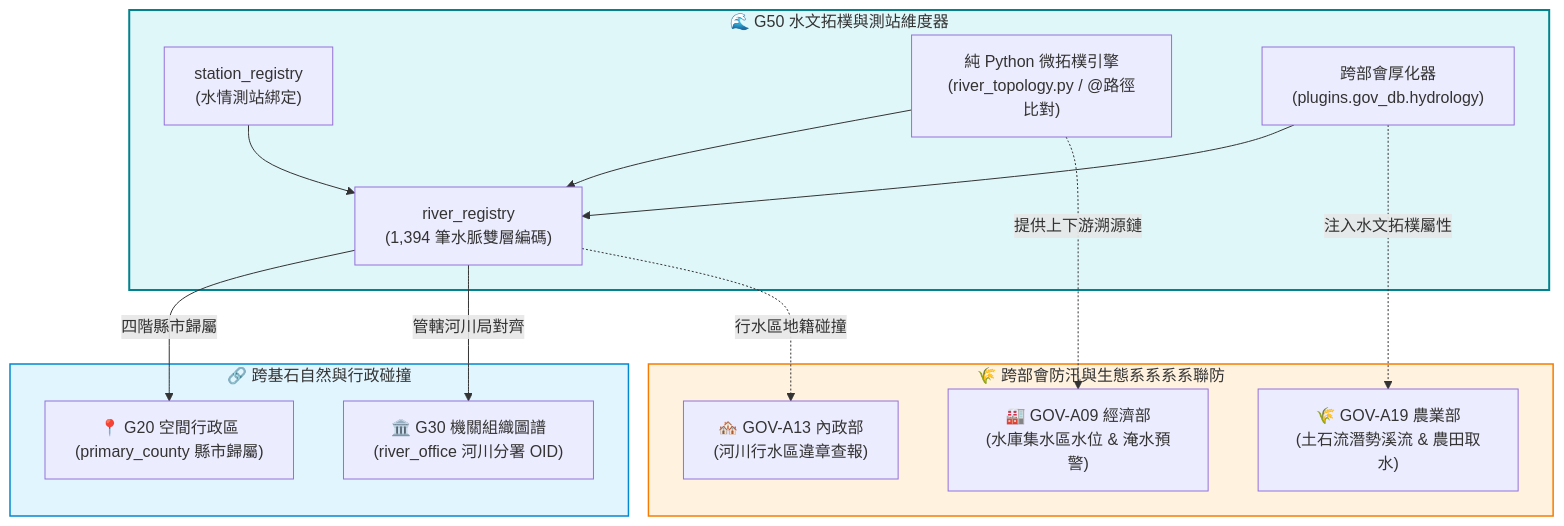
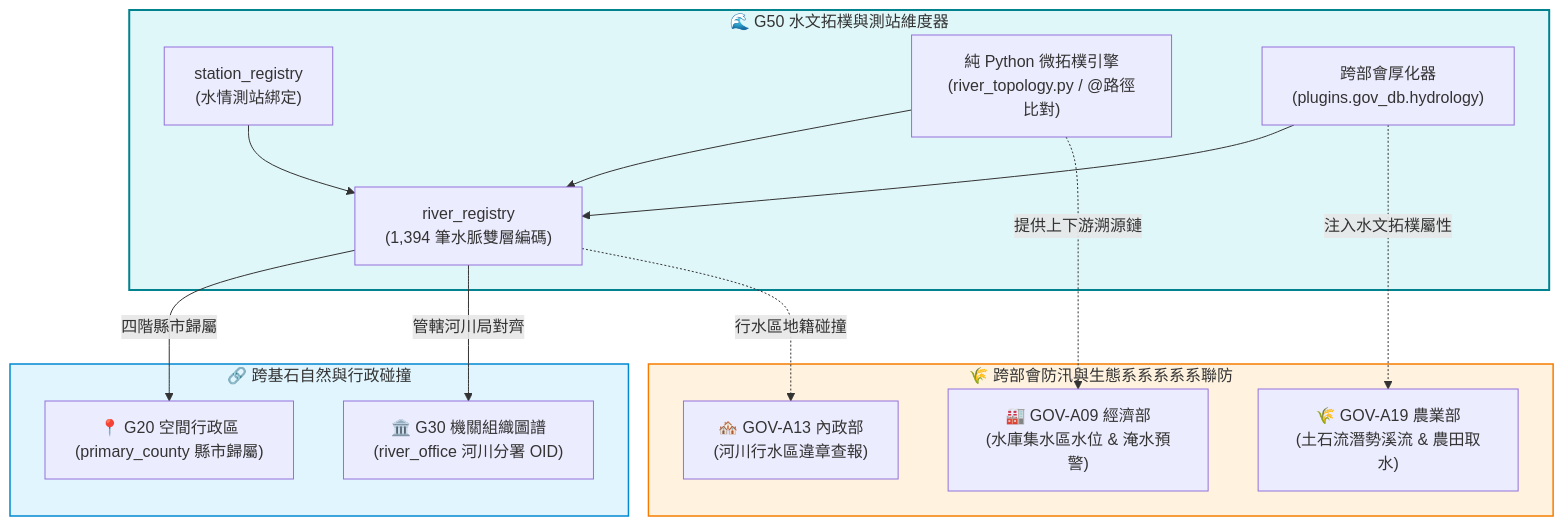
One commit to wuulong/tw-gov-db changed the diagram in book/03_submodules/03_30_g30_hydrology_indexer.md. Above: the diagram before and after it, drawn with Mermaid. The commit also changed other lines of this file and 10 other files, not shown here.

````diff
--- a/book/03_submodules/03_30_g30_hydrology_indexer.md
+++ b/book/03_submodules/03_30_g30_hydrology_indexer.md
@@ -44,40 +46,40 @@
 ```mermaid
 graph TD
     subgraph G50_Engine["🌊 G50 水文拓樸與測站維度器"]
         RIV["river_registry<br/>(1,394 筆水脈雙層編碼)"]
         STA["station_registry<br/>(水情測站綁定)"]
         TOPO["純 Python 微拓樸引擎<br/>(river_topology.py / @路徑比對)"]
         HYD["跨部會厚化器<br/>(plugins.gov_db.hydrology)"]
     end
 
     subgraph Master_Linkages["🔗 跨基石自然與行政碰撞"]
         G20["📍 G20 空間行政區<br/>(primary_county 縣市歸屬)"]
         G30["🏛️ G30 機關組織圖譜<br/>(river_office 河川分署 OID)"]
     end
 
-    subgraph Agency_Applications["🌾 跨部會防汛與生態系系系系聯防"]
+    subgraph Agency_Applications["🌾 跨部會防汛與生態系系系系系聯防"]
         A19["🌾 GOV-A19 農業部<br/>(土石流潛勢溪流 & 農田取水)"]
         MOEA["🏭 GOV-A09 經濟部<br/>(水庫集水區水位 & 淹水預警)"]
         MOI["🏘️ GOV-A13 內政部<br/>(河川行水區違章查報)"]
     end
 
     %% 資料流
     TOPO --> RIV
     STA --> RIV
     HYD --> RIV
 
     RIV -->|四階縣市歸屬| G20
     RIV -->|管轄河川局對齊| G30
 
     HYD -.->|注入水文拓樸屬性| A19
     TOPO -.->|提供上下游溯源鏈| MOEA
     RIV -.->|行水區地籍碰撞| MOI
 
     classDef g50Style fill:#e0f7fa,stroke:#00838f,stroke-width:2px;
     classDef coreStyle fill:#e1f5fe,stroke:#0288d1,stroke-width:1.5px;
     classDef agyStyle fill:#fff3e0,stroke:#f57c00,stroke-width:1.5px;
 
     class G50_Engine g50Style;
     class Master_Linkages coreStyle;
     class Agency_Applications agyStyle;
 ```
````
